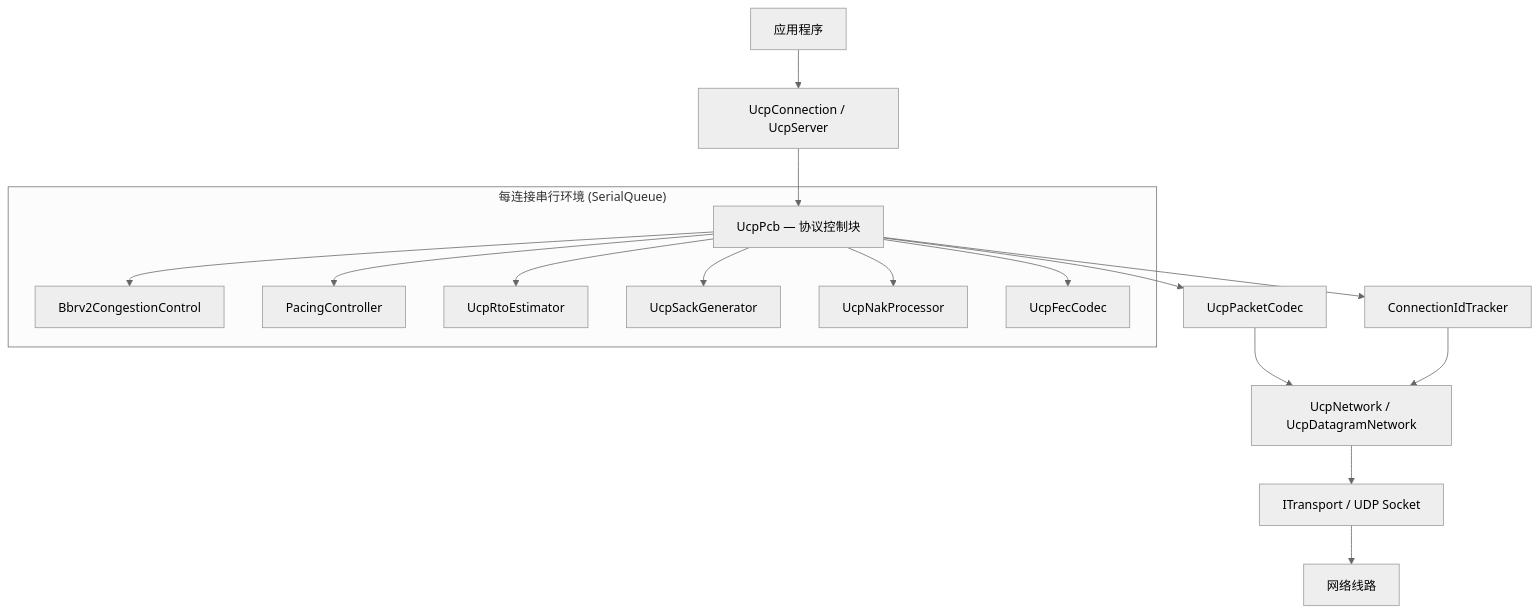
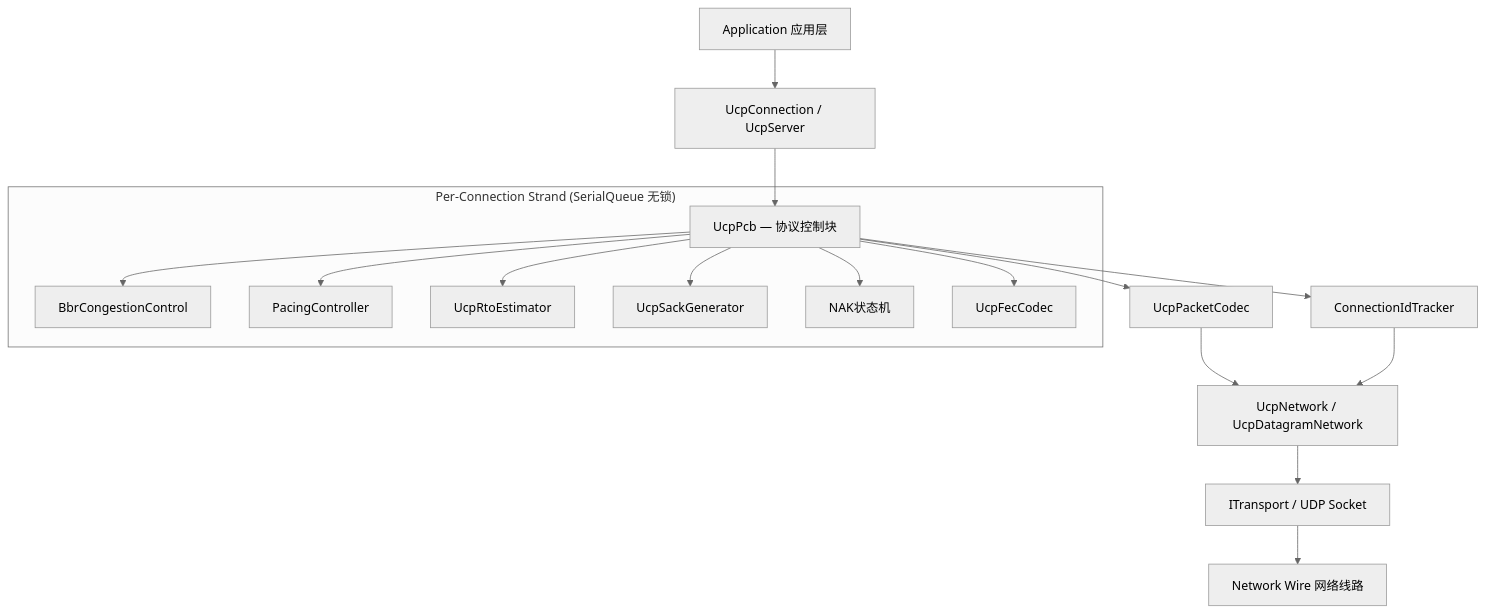
Before and after one commit to liulilittle/ucp: the first of 11 diagrams in docs/architecture_CN.md, drawn with Mermaid (neutral theme). The commit also changed other lines of this file and 43 other files, not shown here.

````diff
--- a/docs/architecture_CN.md
+++ b/docs/architecture_CN.md
@@ -13,27 +13,27 @@
 ```mermaid
 flowchart TD
-    App[应用程序] --> Public[UcpConnection / UcpServer]
-    Public --> Pcb[UcpPcb — 协议控制块]
-    Pcb --> Bbr[Bbrv2CongestionControl]
-    Pcb --> Pacing[PacingController]
-    Pcb --> Rto[UcpRtoEstimator]
-    Pcb --> Sack[UcpSackGenerator]
-    Pcb --> Nak[UcpNakProcessor]
-    Pcb --> Fec[UcpFecCodec]
-    Pcb --> ConnId[ConnectionIdTracker]
-    Pcb --> Codec[UcpPacketCodec]
-    Codec --> Net[UcpNetwork / UcpDatagramNetwork]
-    ConnId --> Net
-    Net --> Transport[ITransport / UDP Socket]
-    Transport --> Wire[网络线路]
-
-    subgraph "每连接串行环境 (SerialQueue)"
+    App["Application 应用层"] --> Public["UcpConnection / UcpServer"]
+    Public --> Pcb["UcpPcb — 协议控制块"]
+    Pcb --> Bbr["BbrCongestionControl"]
+    Pcb --> Pacing["PacingController"]
+    Pcb --> Rto["UcpRtoEstimator"]
+    Pcb --> Sack["UcpSackGenerator"]
+    Pcb --> Nak["NAK状态机"]
+    Pcb --> Fec["UcpFecCodec"]
+    Pcb --> ConnId["ConnectionIdTracker"]
+    Pcb --> Codec["UcpPacketCodec"]
+    Codec --> Network["UcpNetwork / UcpDatagramNetwork"]
+    ConnId --> Network
+    Network --> Transport["ITransport / UDP Socket"]
+    Transport --> Wire["Network Wire 网络线路"]
+    
+    subgraph Strand["Per-Connection Strand (SerialQueue 无锁)"]
         Pcb
         Bbr
         Pacing
         Rto
         Sack
         Nak
         Fec
     end
 ```
````
